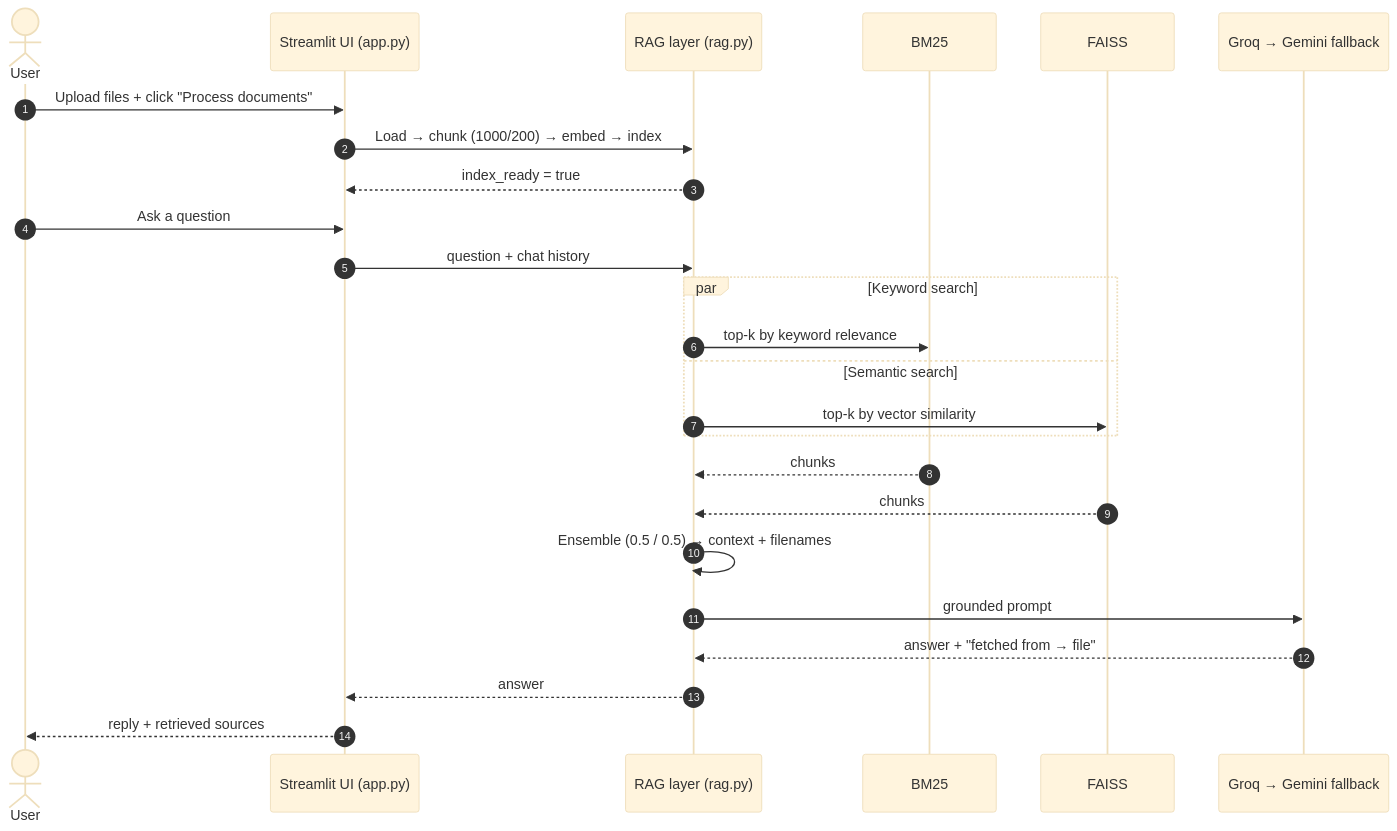
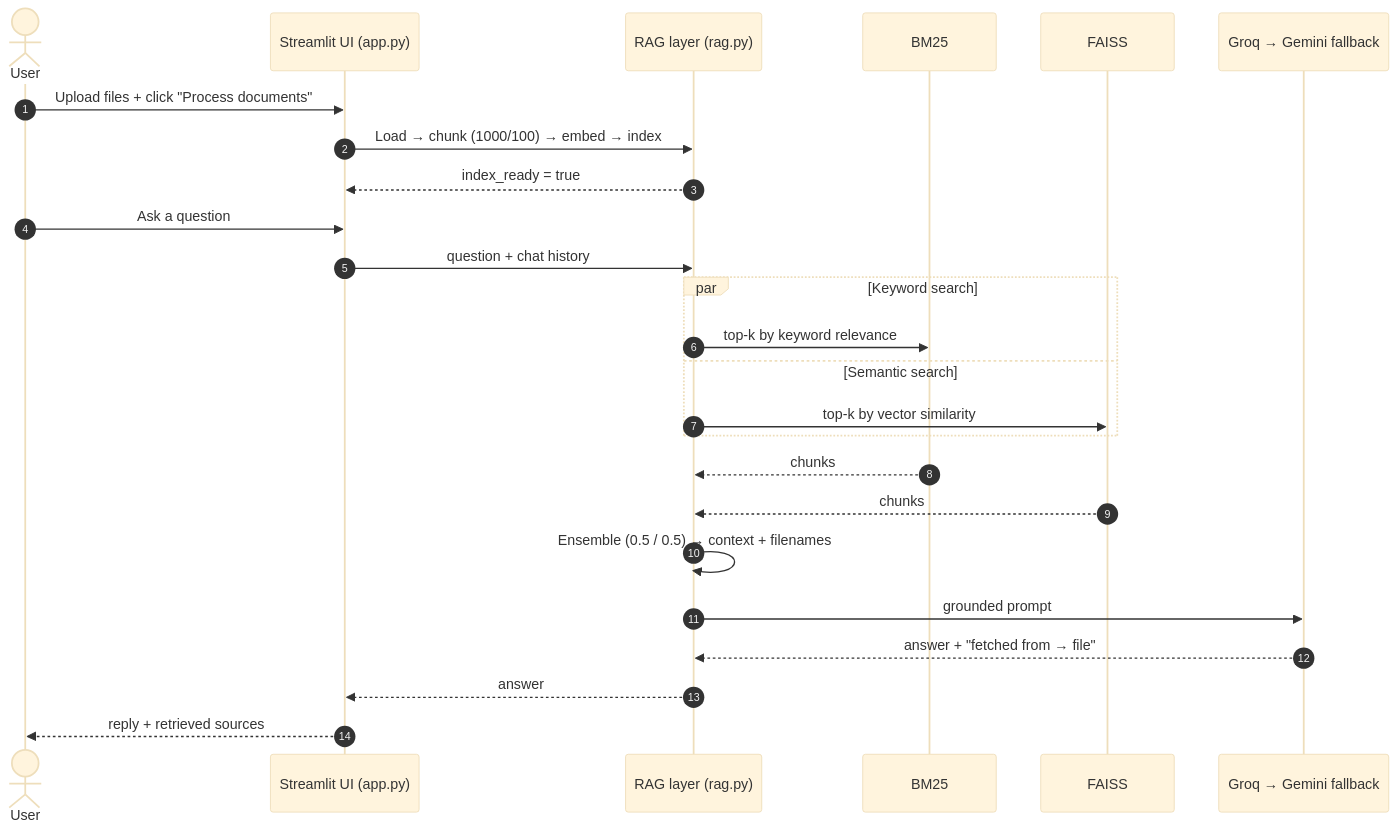
The second of 2 diagrams in README.md (shubhumre777/nexus-rag), drawn with Mermaid (base theme) before and after one commit. The commit also changed other lines of this file, not shown here.

Commit message:
docs: align RAG README with current implementation and evaluation limits (#1)

````diff
--- a/README.md
+++ b/README.md
@@ -164,29 +164,29 @@
 ```mermaid
 sequenceDiagram
     autonumber
     actor User
     participant UI as Streamlit UI (app.py)
     participant RAG as RAG layer (rag.py)
     participant BM as BM25
     participant FA as FAISS
     participant LLM as Groq → Gemini fallback
 
     User->>UI: Upload files + click "Process documents"
-    UI->>RAG: Load → chunk (1000/200) → embed → index
+    UI->>RAG: Load → chunk (1000/100) → embed → index
     RAG-->>UI: index_ready = true
 
     User->>UI: Ask a question
     UI->>RAG: question + chat history
     par Keyword search
         RAG->>BM: top-k by keyword relevance
     and Semantic search
         RAG->>FA: top-k by vector similarity
     end
     BM-->>RAG: chunks
     FA-->>RAG: chunks
     RAG->>RAG: Ensemble (0.5 / 0.5) → context + filenames
     RAG->>LLM: grounded prompt
     LLM-->>RAG: answer + "fetched from → file"
     RAG-->>UI: answer
     UI-->>User: reply + retrieved sources
 ```
````
